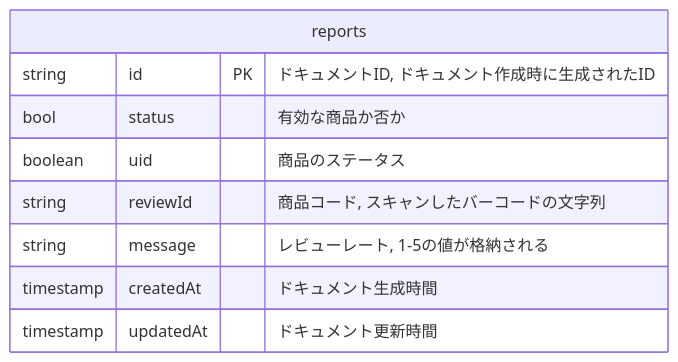
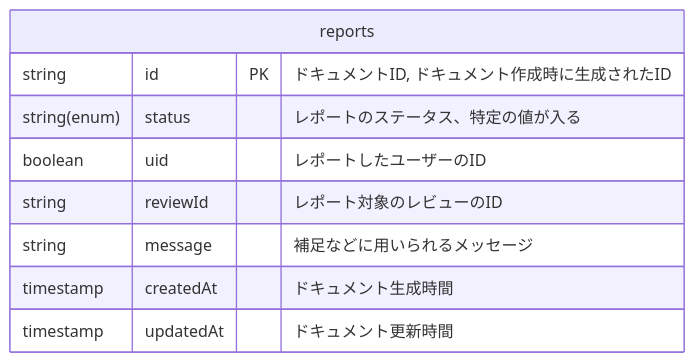
Before and after one commit to takoikatakotako/reviewers: the third of 3 diagrams in documents/system/database.md, drawn with Mermaid. The commit also changed other lines of this file, not shown here.

````diff
--- a/documents/system/database.md
+++ b/documents/system/database.md
@@ -108,12 +55,12 @@
 ```mermaid
 erDiagram
   reports {
     string id PK "ドキュメントID, ドキュメント作成時に生成されたID"
-    bool status "有効な商品か否か"
-    boolean uid "商品のステータス"
-    string reviewId "商品コード, スキャンしたバーコードの文字列"
-    string message "レビューレート, 1-5の値が格納される"
+    string(enum) status "レポートのステータス、特定の値が入る"
+    boolean uid "レポートしたユーザーのID"
+    string reviewId "レポート対象のレビューのID"
+    string message "補足などに用いられるメッセージ"
     timestamp createdAt "ドキュメント生成時間"
     timestamp updatedAt "ドキュメント更新時間"
 }
 ```
````
